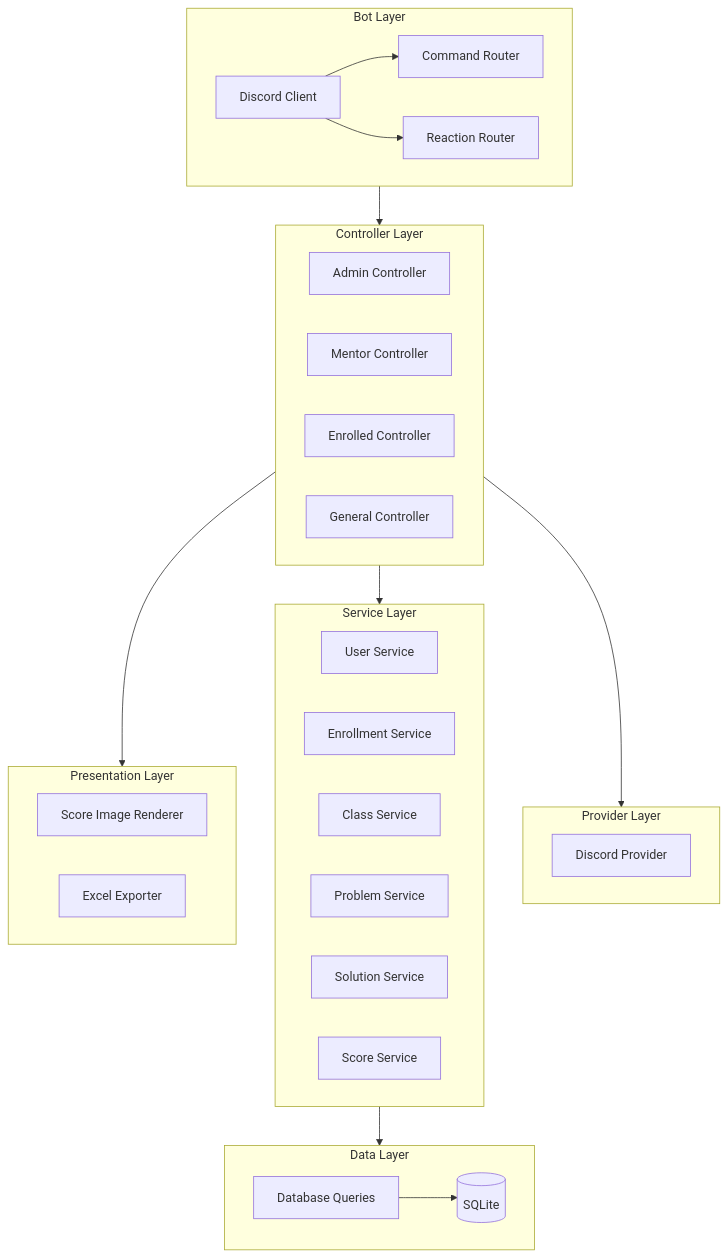
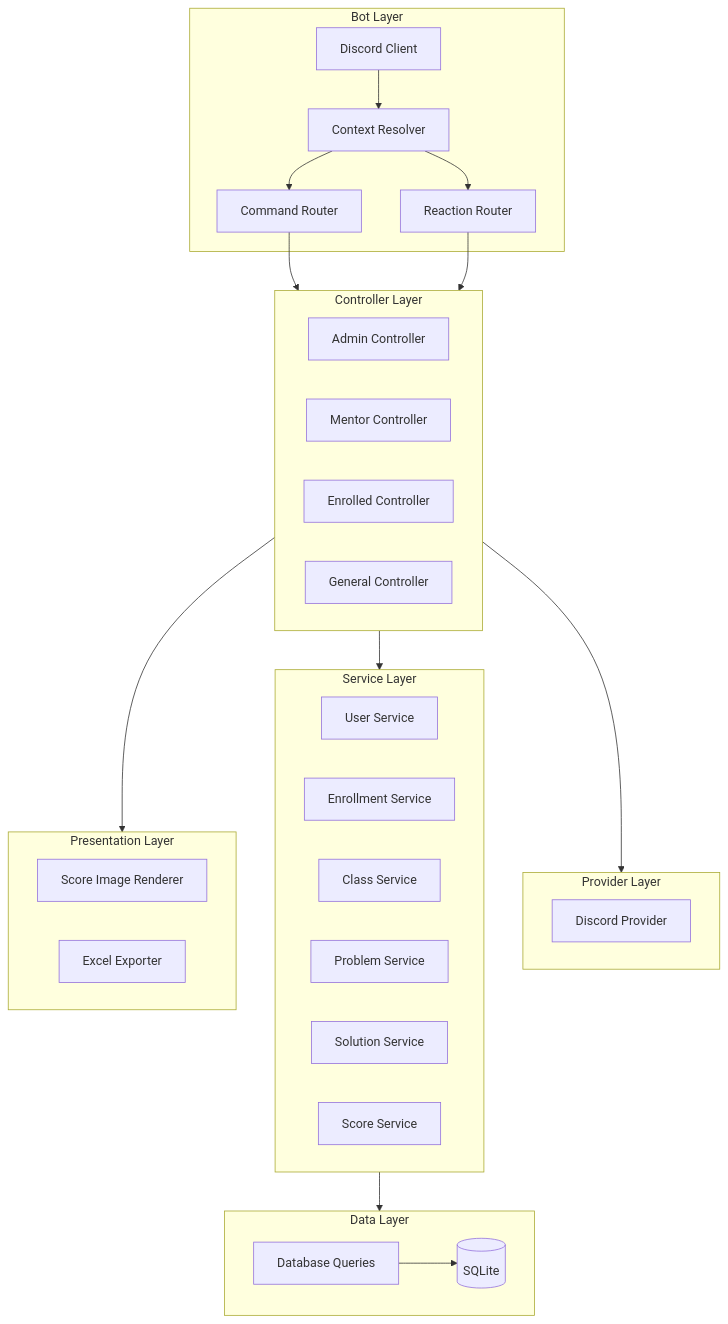
Before and after one commit to JorgeIba/Hurion: the first of 2 diagrams in docs/ARCHITECTURE.md, drawn with Mermaid. The commit also changed other lines of this file, not shown here.

Commit message:
Add DB Mermaid Diagram

````diff
--- a/docs/ARCHITECTURE.md
+++ b/docs/ARCHITECTURE.md
@@ -26,50 +27,53 @@
 ```mermaid
 graph TB
     subgraph BotLayer["Bot Layer"]
         Discord[Discord Client]
+        Context[Context Resolver]
         Commands[Command Router]
         Reactions[Reaction Router]
     end
 
     subgraph ControllerLayer["Controller Layer"]
         AdminCtrl[Admin Controller]
         MentorCtrl[Mentor Controller]
         EnrolledCtrl[Enrolled Controller]
         GeneralCtrl[General Controller]
     end
 
     subgraph ProviderLayer["Provider Layer"]
         DiscordProvider[Discord Provider]
     end
 
     subgraph ServiceLayer["Service Layer"]
         UserService[User Service]
         EnrollmentService[Enrollment Service]
         ClassService[Class Service]
         ProblemService[Problem Service]
         SolutionService[Solution Service]
         ScoreService[Score Service]
     end
 
     subgraph DataLayer["Data Layer"]
         Queries[Database Queries]
         DB[(SQLite)]
     end
 
     subgraph PresentationLayer["Presentation Layer"]
         ImageRenderer[Score Image Renderer]
         Excelizer[Excel Exporter]
     end
 
     %% Internal connections
-    Discord --> Commands
-    Discord --> Reactions
+    Discord --> Context
+    Context --> Commands
+    Context --> Reactions
     Queries --> DB
 
     %% Flow between layers
-    BotLayer --> ControllerLayer
+    Commands --> ControllerLayer
+    Reactions --> ControllerLayer
     ControllerLayer --> ProviderLayer
     ControllerLayer --> ServiceLayer
     ControllerLayer --> PresentationLayer
     ServiceLayer --> DataLayer
 ```
````
